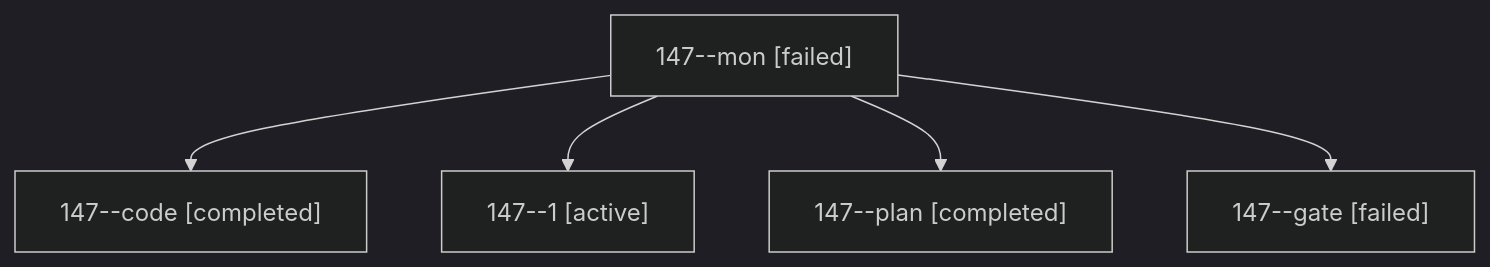
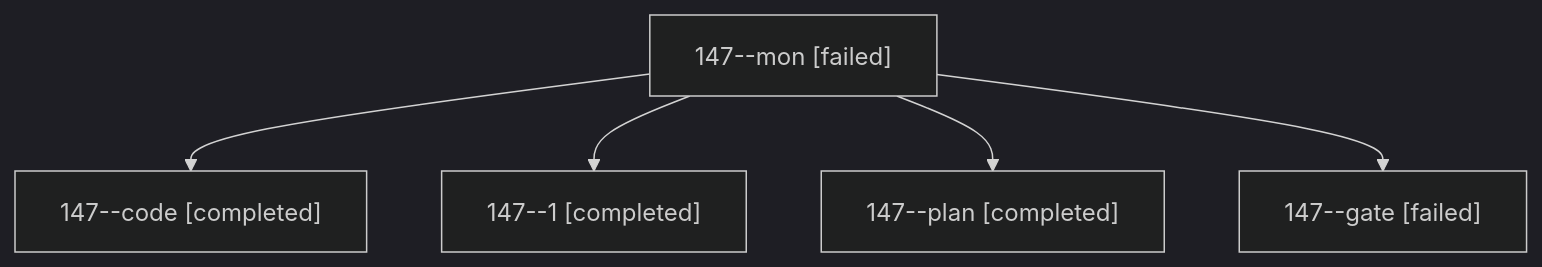
One commit to sase-org/sase--agents changed the diagram in sessions/bbugyi200.athena.147.md. Above: the diagram before and after it, drawn with Mermaid (dark theme). The commit also changed other lines of this file and 36 other files, not shown here.

````diff
--- a/sessions/bbugyi200.athena.147.md
+++ b/sessions/bbugyi200.athena.147.md
@@ -9,12 +9,12 @@
 ```mermaid
 flowchart TD
   n0["147--mon [failed]"]
   n1["147--code [completed]"]
   n0 --> n1
-  n2["147--1 [active]"]
+  n2["147--1 [completed]"]
   n0 --> n2
   n3["147--plan [completed]"]
   n0 --> n3
   n4["147--gate [failed]"]
   n0 --> n4
 ```
````
